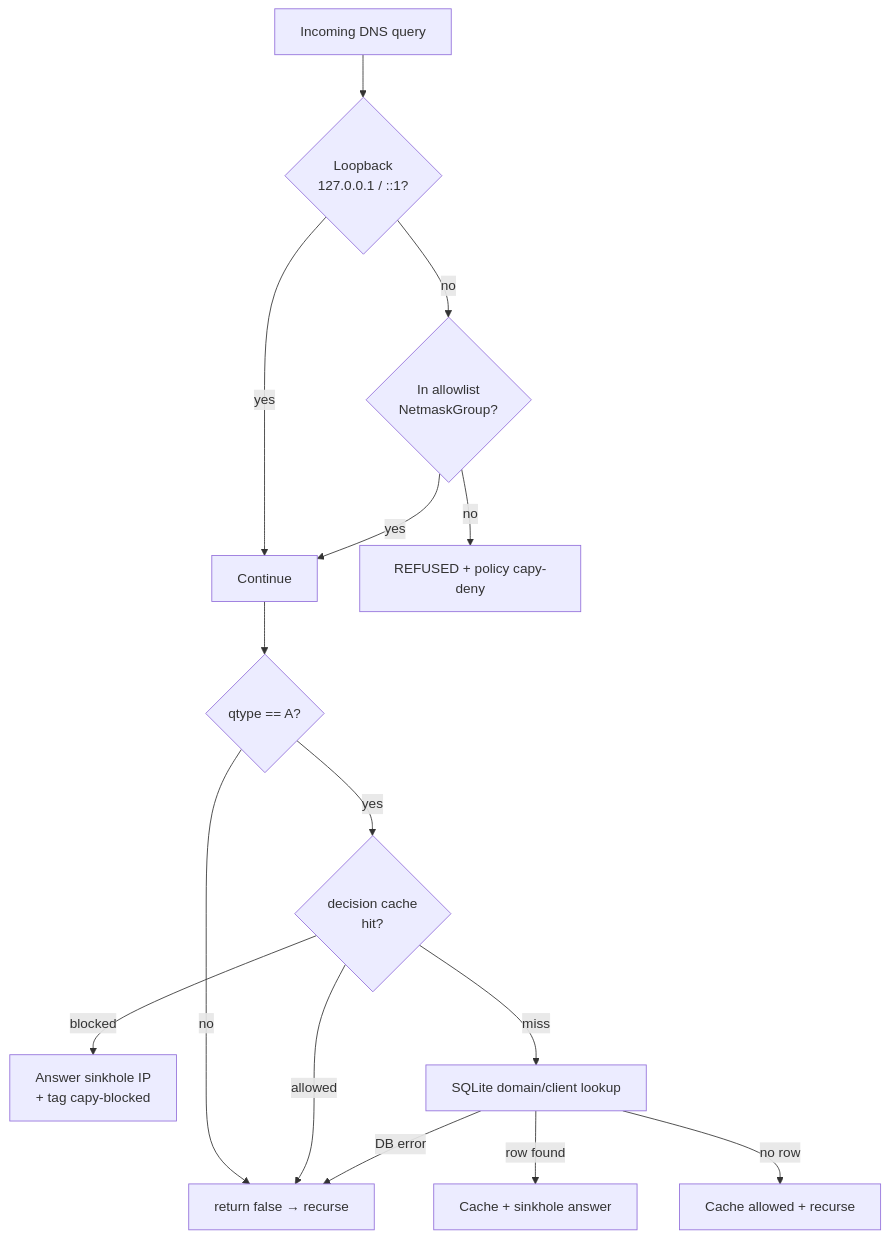
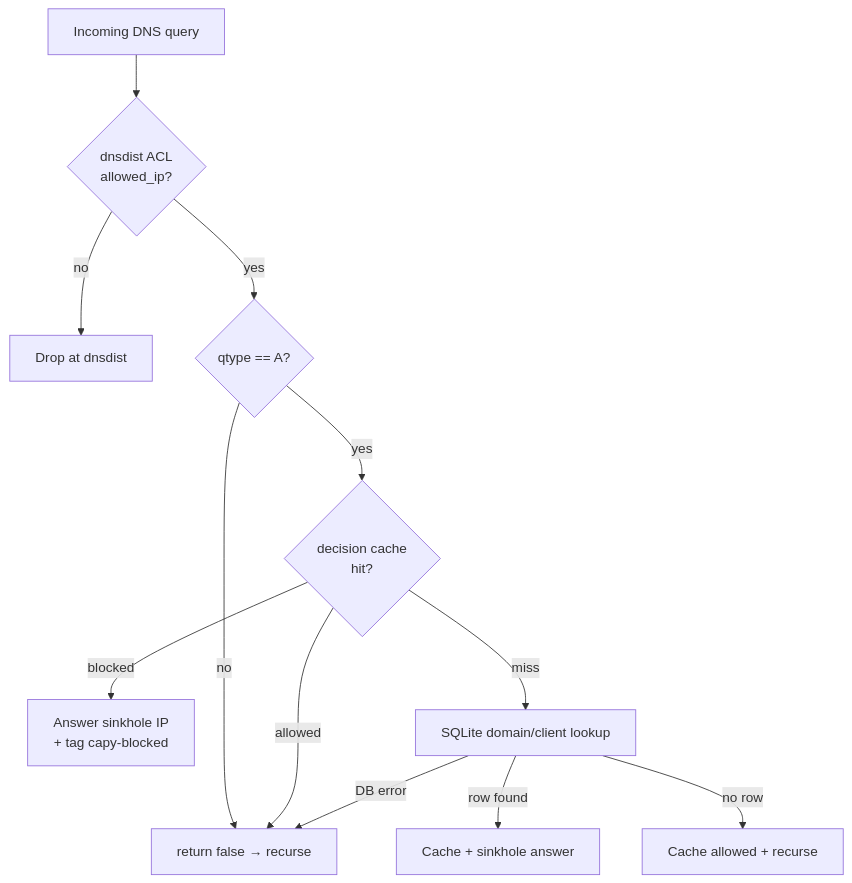
Before and after one commit to capy-security/capy-privacy: the diagram in docs/lua.md, drawn with Mermaid. The commit also changed other lines of this file and 17 other files, not shown here.

First line of the commit message:
feat(dns): move IP allowlist from Lua to dnsdist console ACL

````diff
--- a/docs/lua.md
+++ b/docs/lua.md
@@ -43,17 +49,14 @@
 ```mermaid
 flowchart TD
-  Q[Incoming DNS query] --> LB{Loopback<br/>127.0.0.1 / ::1?}
-  LB -->|yes| AOK[Continue]
-  LB -->|no| AL{In allowlist<br/>NetmaskGroup?}
-  AL -->|no| REF[REFUSED + policy capy-deny]
-  AL -->|yes| AOK
-  AOK --> QT{qtype == A?}
+  Q[Incoming DNS query] --> ACL{dnsdist ACL<br/>allowed_ip?}
+  ACL -->|no| DROP[Drop at dnsdist]
+  ACL -->|yes| QT{qtype == A?}
   QT -->|no| REC[return false → recurse]
   QT -->|yes| CACHE{decision cache<br/>hit?}
   CACHE -->|blocked| SINK[Answer sinkhole IP<br/>+ tag capy-blocked]
   CACHE -->|allowed| REC
   CACHE -->|miss| SQL[SQLite domain/client lookup]
   SQL -->|row found| SINK2[Cache + sinkhole answer]
   SQL -->|no row| ALLOW[Cache allowed + recurse]
   SQL -->|DB error| REC
 ```
````
